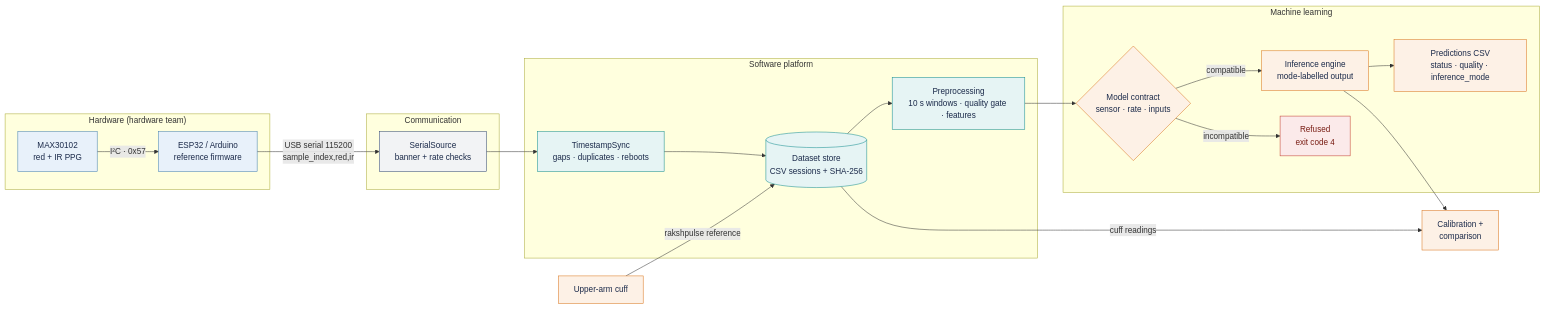
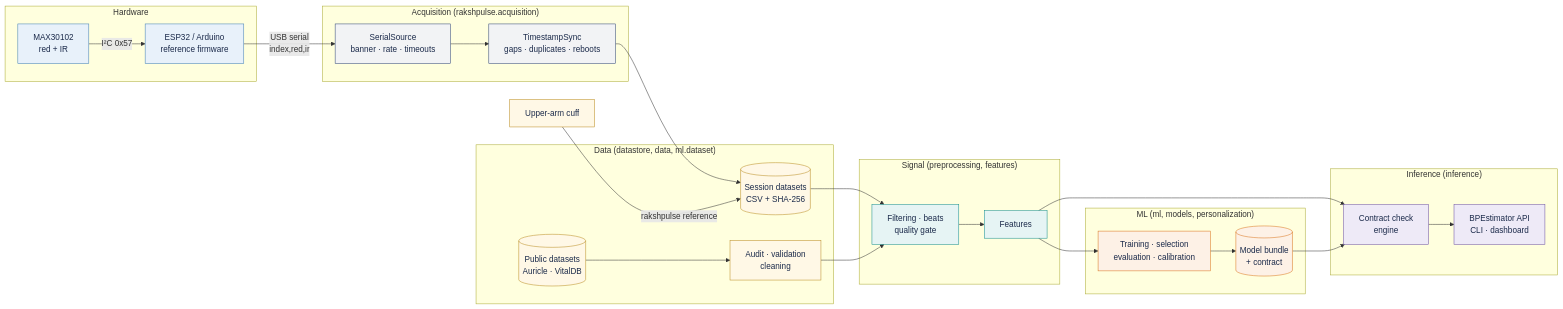
One commit to obstinix/RakshPulse changed the first of 4 diagrams in README.md. Above: the diagram before and after it, drawn with Mermaid. The commit also changed other lines of this file and 18 other files, not shown here.

````diff
--- a/README.md
+++ b/README.md
@@ -56,34 +61,42 @@
 ```mermaid
 flowchart LR
-    subgraph HW["Hardware (hardware team)"]
-        S["MAX30102<br/>red + IR PPG"] -->|"I²C · 0x57"| MCU["ESP32 / Arduino<br/>reference firmware"]
+    subgraph HW["Hardware"]
+        S["MAX30102<br/>red + IR"] -->|"I²C 0x57"| MCU["ESP32 / Arduino<br/>reference firmware"]
     end
-    subgraph COM["Communication"]
-        MCU -->|"USB serial 115200<br/>sample_index,red,ir"| SER["SerialSource<br/>banner + rate checks"]
+    subgraph ACQ["Acquisition (rakshpulse.acquisition)"]
+        MCU -->|"USB serial<br/>index,red,ir"| SER["SerialSource<br/>banner · rate · timeouts"]
+        SER --> SYNC["TimestampSync<br/>gaps · duplicates · reboots"]
     end
-    subgraph SW["Software platform"]
-        SER --> SYNC["TimestampSync<br/>gaps · duplicates · reboots"]
-        SYNC --> DS[("Dataset store<br/>CSV sessions + SHA-256")]
-        DS --> PIPE["Preprocessing<br/>10 s windows · quality gate · features"]
+    subgraph DATA["Data (datastore, data, ml.dataset)"]
+        SYNC --> DS[("Session datasets<br/>CSV + SHA-256")]
+        PUB[("Public datasets<br/>Auricle · VitalDB")] --> PREP["Audit · validation<br/>cleaning"]
     end
-    subgraph ML["Machine learning"]
-        PIPE --> CON{"Model contract<br/>sensor · rate · inputs"}
-        CON -->|"compatible"| ENG["Inference engine<br/>mode-labelled output"]
-        CON -->|"incompatible"| REF["Refused<br/>exit code 4"]
-        ENG --> OUT["Predictions CSV<br/>status · quality · inference_mode"]
+    subgraph SIG["Signal (preprocessing, features)"]
+        DS --> PRE["Filtering · beats<br/>quality gate"]
+        PREP --> PRE
+        PRE --> FEAT["Features"]
+    end
+    subgraph ML["ML (ml, models, personalization)"]
+        FEAT --> TRAIN["Training · selection<br/>evaluation · calibration"]
+        TRAIN --> BUNDLE[("Model bundle<br/>+ contract")]
+    end
+    subgraph INF["Inference (inference)"]
+        FEAT --> ENG["Contract check<br/>engine"]
+        BUNDLE --> ENG
+        ENG --> API["BPEstimator API<br/>CLI · dashboard"]
     end
     CUFF["Upper-arm cuff"] -->|"rakshpulse reference"| DS
-    DS -->|"cuff readings"| CAL["Calibration +<br/>comparison"]
-    ENG --> CAL
 
     classDef hw fill:#E8F1FA,stroke:#3E7CB1,color:#1B2A4A
-    classDef com fill:#F2F3F5,stroke:#2C4372,color:#1B2A4A
-    classDef sw fill:#E6F4F4,stroke:#0F8B8D,color:#1B2A4A
+    classDef acq fill:#F2F3F5,stroke:#2C4372,color:#1B2A4A
+    classDef data fill:#FFF8E6,stroke:#B98A1E,color:#1B2A4A
+    classDef sig fill:#E6F4F4,stroke:#0F8B8D,color:#1B2A4A
     classDef ml fill:#FDF1E6,stroke:#D9731A,color:#1B2A4A
-    classDef bad fill:#FBEAEA,stroke:#C0392B,color:#7A1F16
+    classDef inf fill:#EEEAF7,stroke:#6A4FA3,color:#1B2A4A
     class S,MCU hw
-    class SER com
-    class SYNC,DS,PIPE sw
-    class CON,ENG,OUT,CAL,CUFF ml
-    class REF bad
+    class SER,SYNC acq
+    class DS,PUB,PREP,CUFF data
+    class PRE,FEAT sig
+    class TRAIN,BUNDLE ml
+    class ENG,API inf
 ```
````
